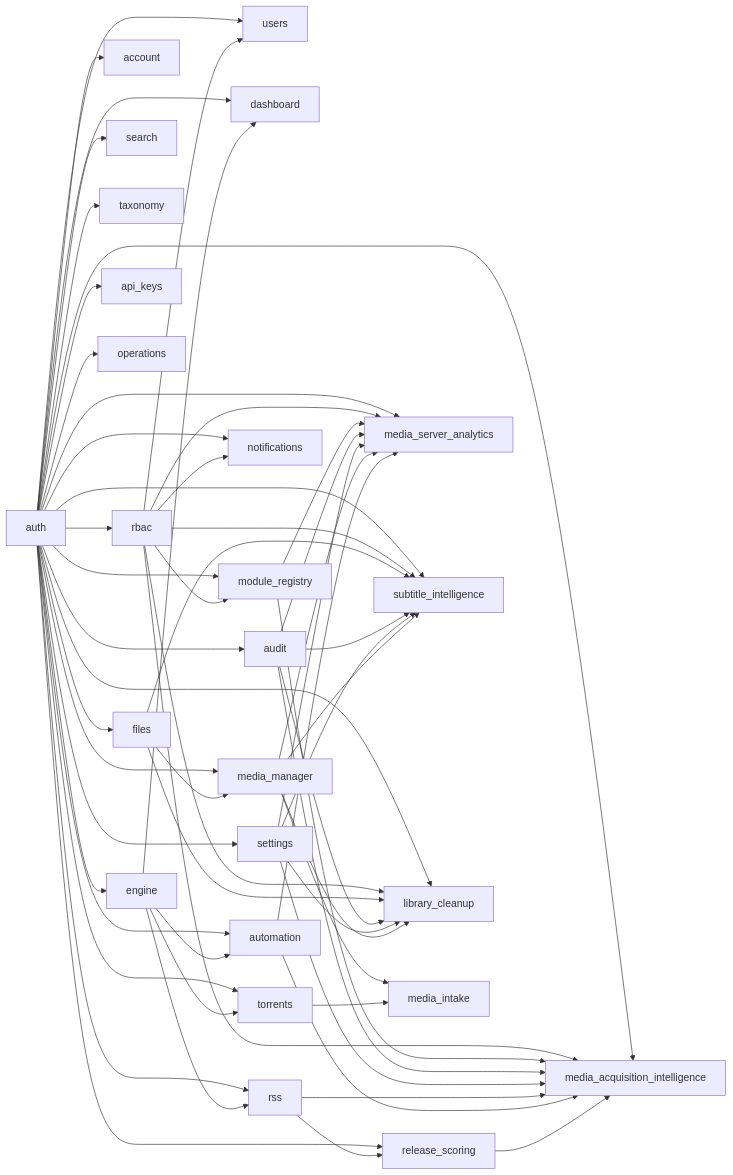
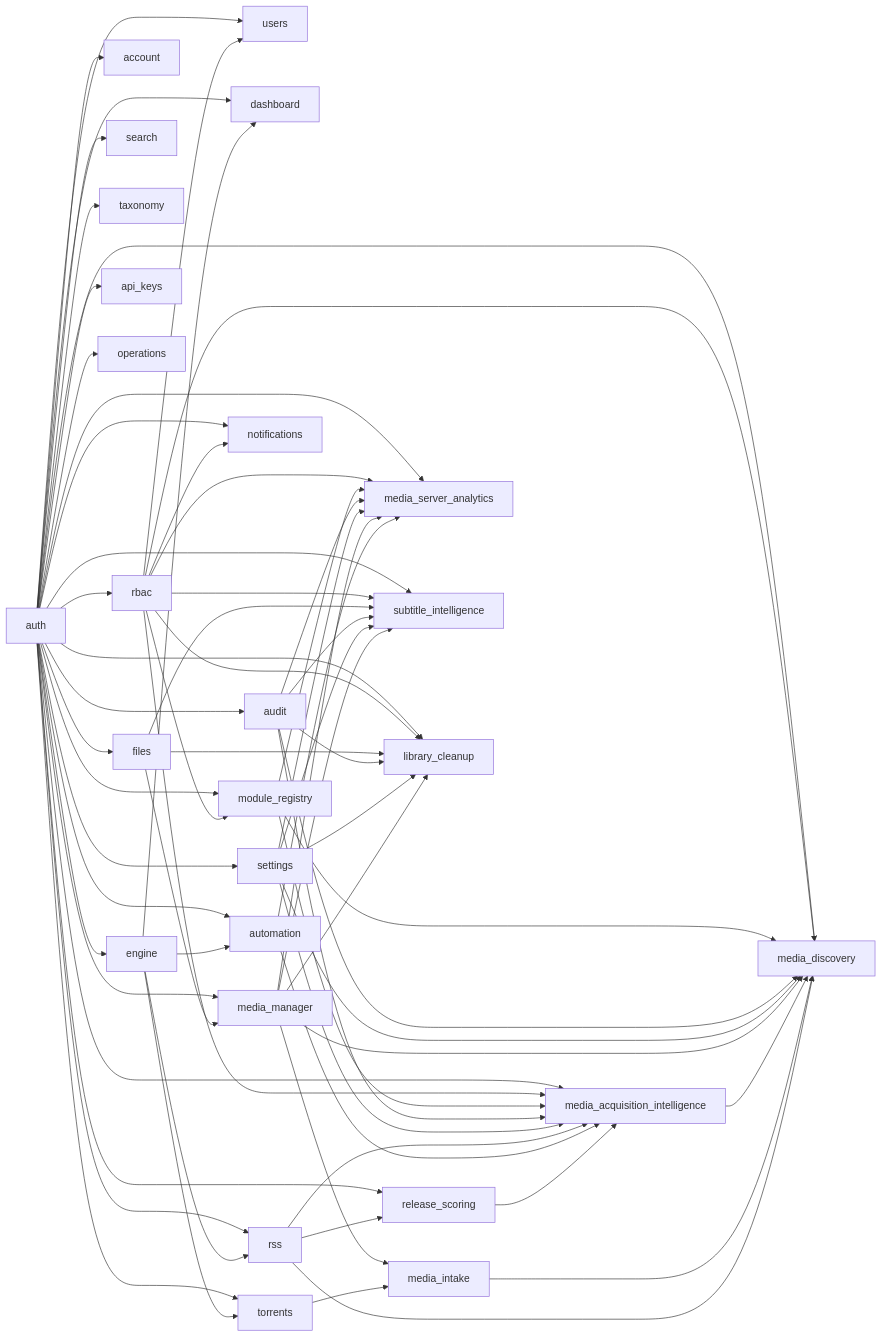
The diagram in website/docs/reference/modules.md (ultratorrentofficial/ultratorrent), drawn with Mermaid before and after one commit. The commit also changed other lines of this file and 25 other files, not shown here.

````diff
--- a/website/docs/reference/modules.md
+++ b/website/docs/reference/modules.md
@@ -25,60 +27,69 @@
 ```mermaid
 graph LR
   auth["auth"] --> rbac["rbac"]
   auth["auth"] --> account["account"]
   auth["auth"] --> users["users"]
   rbac["rbac"] --> users["users"]
   auth["auth"] --> engine["engine"]
   auth["auth"] --> dashboard["dashboard"]
   engine["engine"] --> dashboard["dashboard"]
   auth["auth"] --> torrents["torrents"]
   engine["engine"] --> torrents["torrents"]
   auth["auth"] --> search["search"]
   auth["auth"] --> taxonomy["taxonomy"]
   auth["auth"] --> rss["rss"]
   engine["engine"] --> rss["rss"]
   auth["auth"] --> automation["automation"]
   engine["engine"] --> automation["automation"]
   auth["auth"] --> files["files"]
   auth["auth"] --> api_keys["api_keys"]
   auth["auth"] --> notifications["notifications"]
   rbac["rbac"] --> notifications["notifications"]
   auth["auth"] --> audit["audit"]
   auth["auth"] --> settings["settings"]
   auth["auth"] --> operations["operations"]
   auth["auth"] --> module_registry["module_registry"]
   rbac["rbac"] --> module_registry["module_registry"]
   auth["auth"] --> media_manager["media_manager"]
   files["files"] --> media_manager["media_manager"]
   auth["auth"] --> release_scoring["release_scoring"]
   rss["rss"] --> release_scoring["release_scoring"]
   auth["auth"] --> media_acquisition_intelligence["media_acquisition_intelligence"]
   rbac["rbac"] --> media_acquisition_intelligence["media_acquisition_intelligence"]
   module_registry["module_registry"] --> media_acquisition_intelligence["media_acquisition_intelligence"]
   audit["audit"] --> media_acquisition_intelligence["media_acquisition_intelligence"]
   settings["settings"] --> media_acquisition_intelligence["media_acquisition_intelligence"]
   rss["rss"] --> media_acquisition_intelligence["media_acquisition_intelligence"]
   automation["automation"] --> media_acquisition_intelligence["media_acquisition_intelligence"]
   release_scoring["release_scoring"] --> media_acquisition_intelligence["media_acquisition_intelligence"]
+  auth["auth"] --> media_discovery["media_discovery"]
+  rbac["rbac"] --> media_discovery["media_discovery"]
+  module_registry["module_registry"] --> media_discovery["media_discovery"]
+  audit["audit"] --> media_discovery["media_discovery"]
+  settings["settings"] --> media_discovery["media_discovery"]
+  media_manager["media_manager"] --> media_discovery["media_discovery"]
+  media_acquisition_intelligence["media_acquisition_intelligence"] --> media_discovery["media_discovery"]
+  media_intake["media_intake"] --> media_discovery["media_discovery"]
+  rss["rss"] --> media_discovery["media_discovery"]
   auth["auth"] --> media_server_analytics["media_server_analytics"]
   rbac["rbac"] --> media_server_analytics["media_server_analytics"]
   module_registry["module_registry"] --> media_server_analytics["media_server_analytics"]
   audit["audit"] --> media_server_analytics["media_server_analytics"]
   settings["settings"] --> media_server_analytics["media_server_analytics"]
   media_manager["media_manager"] --> media_server_analytics["media_server_analytics"]
   automation["automation"] --> media_server_analytics["media_server_analytics"]
   auth["auth"] --> subtitle_intelligence["subtitle_intelligence"]
   rbac["rbac"] --> subtitle_intelligence["subtitle_intelligence"]
   files["files"] --> subtitle_intelligence["subtitle_intelligence"]
   audit["audit"] --> subtitle_intelligence["subtitle_intelligence"]
   settings["settings"] --> subtitle_intelligence["subtitle_intelligence"]
   media_manager["media_manager"] --> subtitle_intelligence["subtitle_intelligence"]
   auth["auth"] --> library_cleanup["library_cleanup"]
   rbac["rbac"] --> library_cleanup["library_cleanup"]
   files["files"] --> library_cleanup["library_cleanup"]
   audit["audit"] --> library_cleanup["library_cleanup"]
   settings["settings"] --> library_cleanup["library_cleanup"]
   media_manager["media_manager"] --> library_cleanup["library_cleanup"]
   media_manager["media_manager"] --> media_intake["media_intake"]
   torrents["torrents"] --> media_intake["media_intake"]
 ```
````
